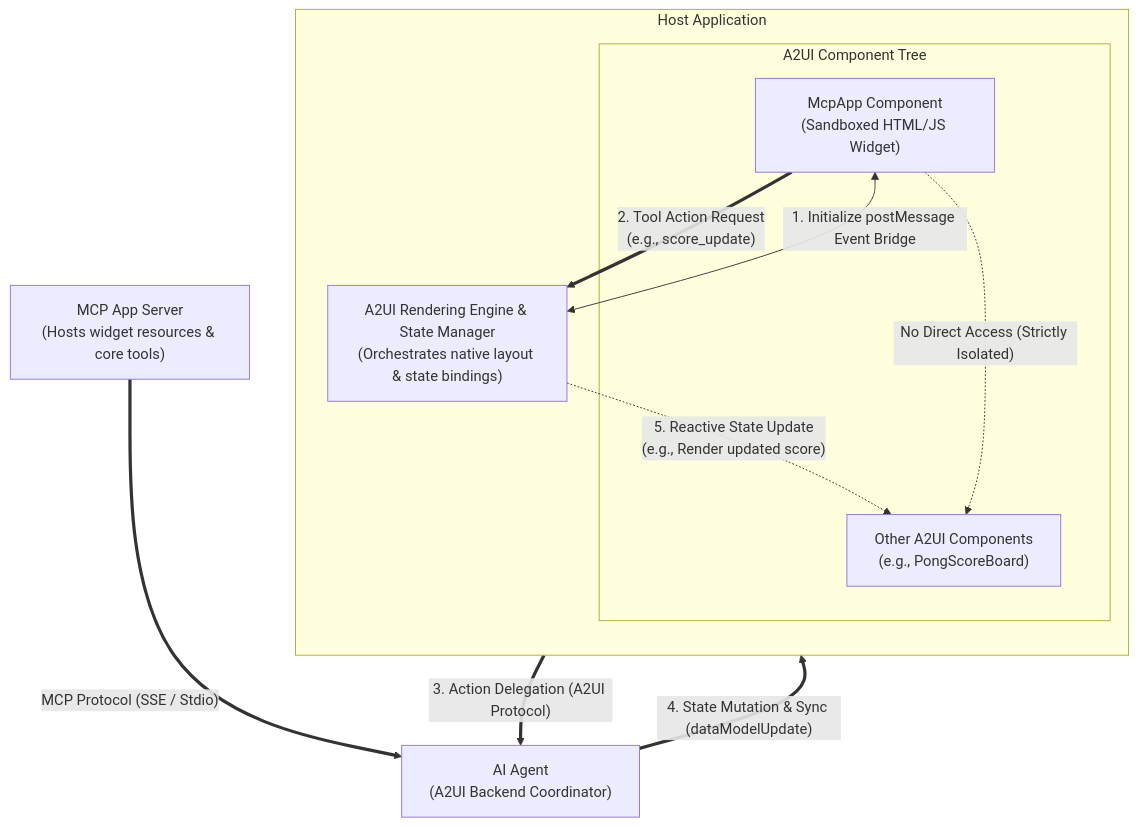
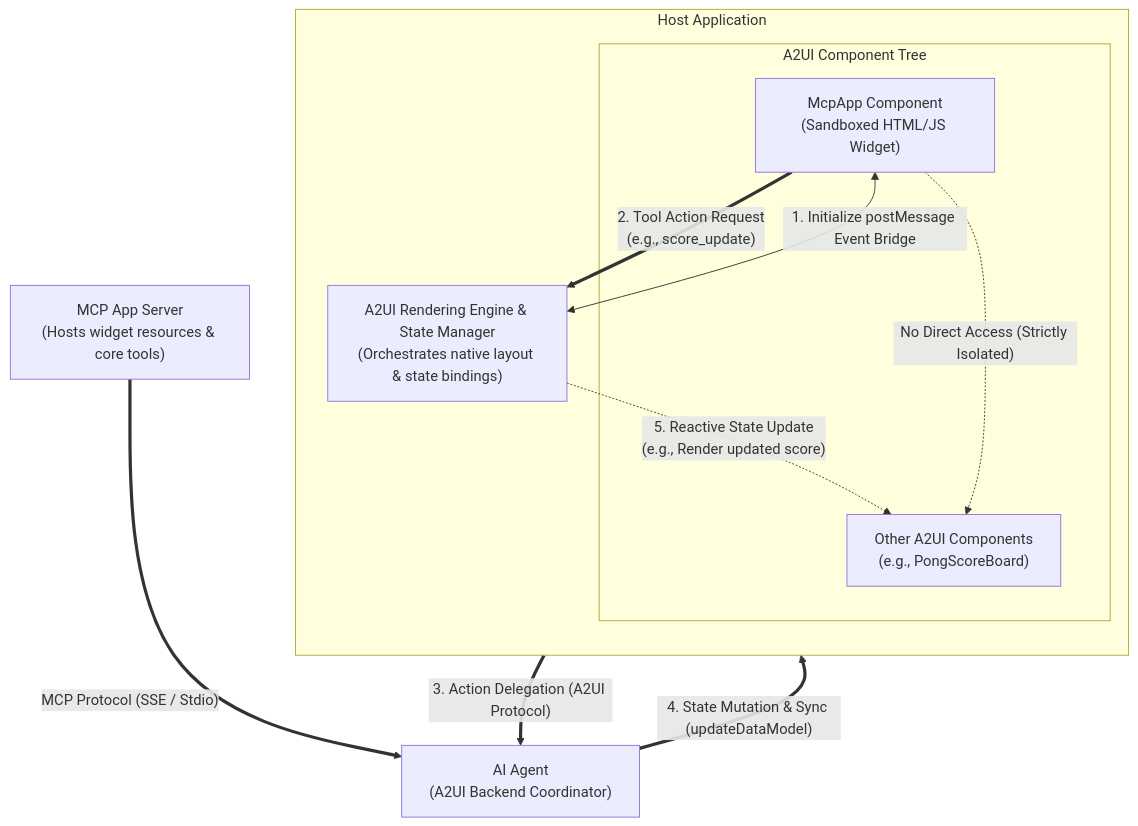
The second of 2 diagrams in docs/public/guides/mcp-apps-in-a2ui.md (a2ui-project/a2ui), drawn with Mermaid before and after one commit. The commit also changed other lines of this file and 21 other files, not shown here.

````diff
--- a/docs/public/guides/mcp-apps-in-a2ui.md
+++ b/docs/public/guides/mcp-apps-in-a2ui.md
@@ -53,33 +53,33 @@
 ```mermaid
 graph TD
     %% 1. Top Tier (Strict vertical hierarchy)
     MCPServer["MCP App Server<br/>(Hosts widget resources & core tools)"]
 
     %% 2. Middle-Top Tier
     Agent["AI Agent<br/>(A2UI Backend Coordinator)"]
 
     %% 3. Subgraph for Host layout tree (Bottom Tier)
     subgraph HostApp ["Host Application"]
         direction TB
         Shell["A2UI Rendering Engine & State Manager<br/>(Orchestrates native layout & state bindings)"]
 
         subgraph LayoutTree ["A2UI Component Tree"]
             McpComponent["McpApp Component<br/>(Sandboxed HTML/JS Widget)"]
             SiblingComponent["Other A2UI Components<br/>(e.g., PongScoreBoard)"]
         end
 
         Shell <-->|"1. Initialize postMessage Event Bridge"| McpComponent
         Shell -.->|"5. Reactive State Update<br/>(e.g., Render updated score)"| SiblingComponent
     end
 
     %% Vertical Channel connecting Top to Middle-Top
     MCPServer ==>|"MCP Protocol (SSE / Stdio)"| Agent
 
     %% Unidirectional Data Cycle (Flowing vertically through the center)
     McpComponent ==>|"2. Tool Action Request<br/>(e.g., score_update)"| Shell
     Shell ==>|"3. Action Delegation (A2UI Protocol)"| Agent
-    Agent ==>|"4. State Mutation & Sync (dataModelUpdate)"| Shell
+    Agent ==>|"4. State Mutation & Sync (updateDataModel)"| Shell
 
     %% Style Sibling Relationship
     McpComponent -.->|"No Direct Access (Strictly Isolated)"| SiblingComponent
 ```
````
